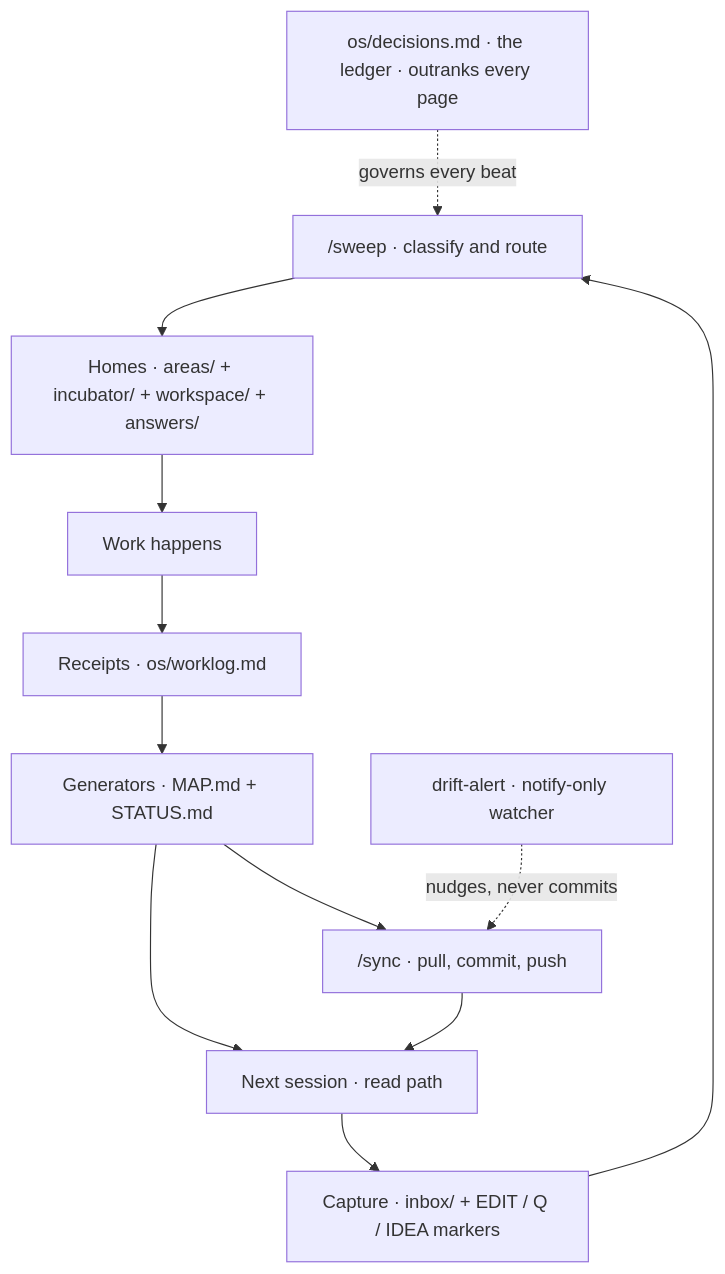
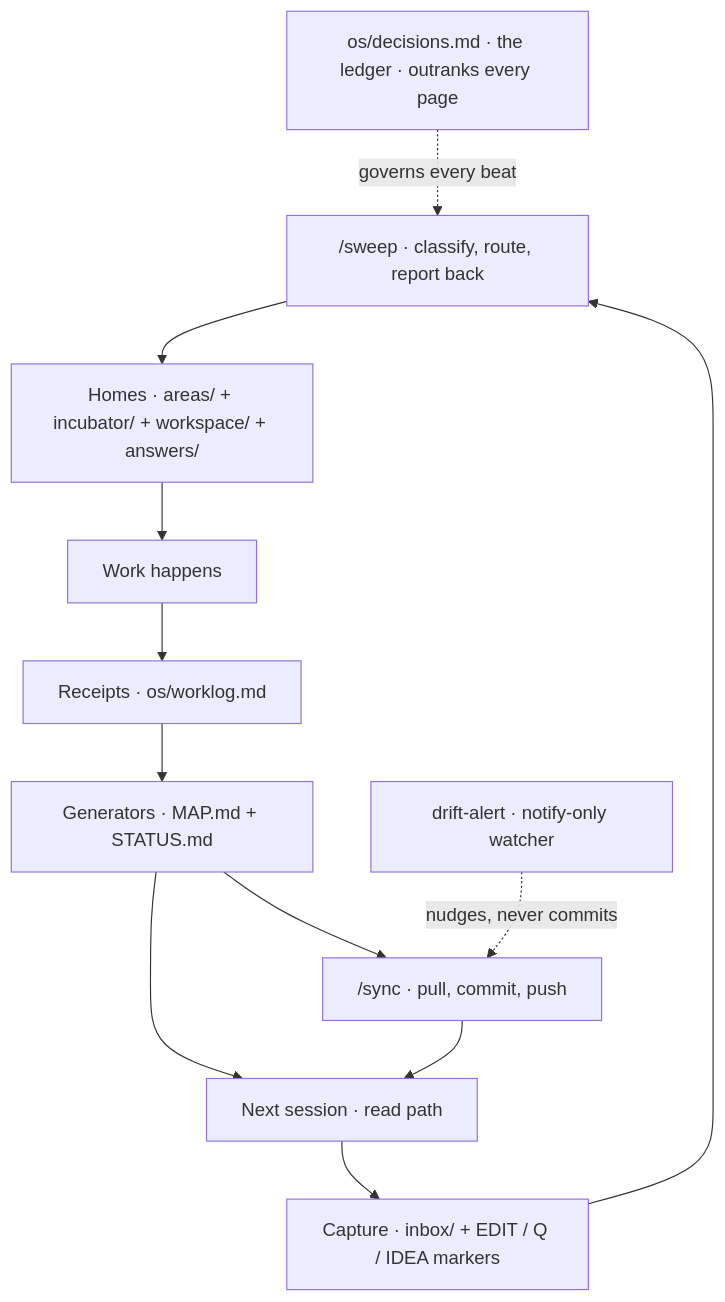
Before and after one commit to akovfoj-lang/plainframe: the diagram in README.md, drawn with Mermaid. The commit also changed other lines of this file and 12 other files, not shown here.

````diff
--- a/README.md
+++ b/README.md
@@ -18,22 +18,22 @@
 ```mermaid
 flowchart TD
     decisions["os/decisions.md · the ledger · outranks every page"]
 
     capture["Capture · inbox/ + EDIT / Q / IDEA markers"]
-    sweep["/sweep · classify and route"]
+    sweep["/sweep · classify, route, report back"]
     homes["Homes · areas/ + incubator/ + workspace/ + answers/"]
     work["Work happens"]
     receipts["Receipts · os/worklog.md"]
     generators["Generators · MAP.md + STATUS.md"]
     readpath["Next session · read path"]
 
     capture --> sweep --> homes --> work --> receipts --> generators --> readpath --> capture
 
     decisions -.->|governs every beat| sweep
 
     sync["/sync · pull, commit, push"]
     drift["drift-alert · notify-only watcher"]
 
     generators --> sync --> readpath
     drift -.->|nudges, never commits| sync
 ```
````
